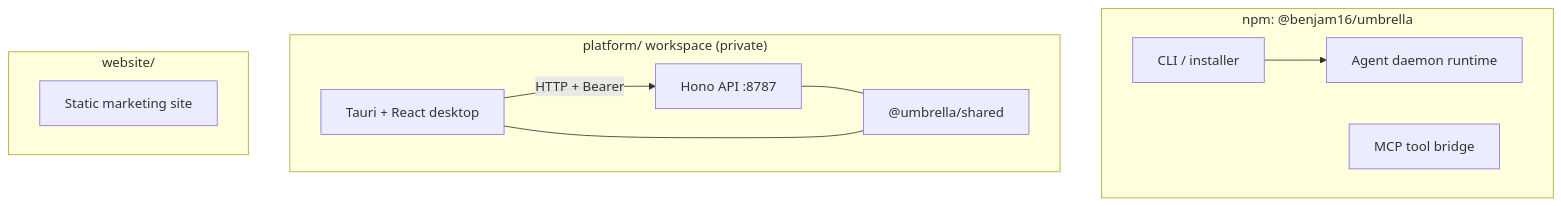
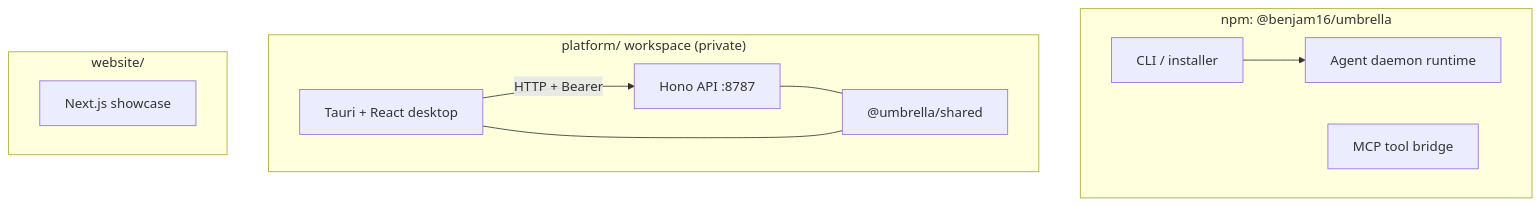
Before and after one commit to Benjam16/Umbrella: the diagram in README.md, drawn with Mermaid. The commit also changed other lines of this file and 29 other files, not shown here.

Commit message:
feat(website): Next.js Bento showcase with hero terminal, DAG, risk widget, DR bar

````diff
--- a/README.md
+++ b/README.md
@@ -60,23 +60,23 @@
 ```mermaid
 flowchart TB
   subgraph npm["npm: @benjam16/umbrella"]
     CLI[CLI / installer]
     AGENT[Agent daemon runtime]
     MCP[MCP tool bridge]
   end
 
   subgraph platform["platform/ workspace (private)"]
     API[Hono API :8787]
     DESKTOP[Tauri + React desktop]
     SHARED["@umbrella/shared"]
     API --- SHARED
     DESKTOP --- SHARED
   end
 
   subgraph web["website/"]
-    SITE[Static marketing site]
+    SITE[Next.js showcase]
   end
 
   CLI --> AGENT
   DESKTOP -->|"HTTP + Bearer"| API
 ```
````
